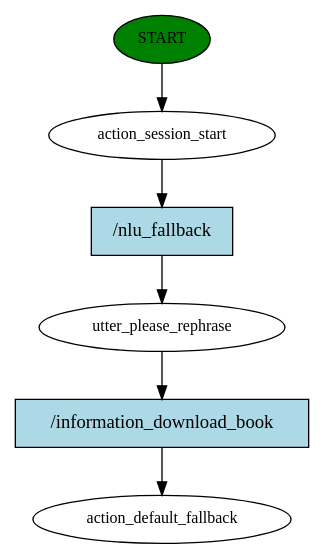
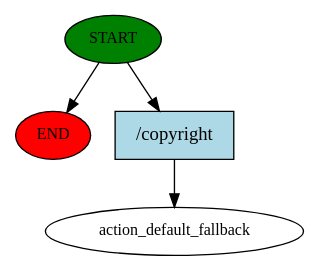
One commit to FrancisTembo/libbot changed the diagram in story_graph.dot. Above: the diagram before and after it, drawn with Graphviz. The commit also changed 5 other files, not shown here.

```diff
--- a/story_graph.dot
+++ b/story_graph.dot
@@ -1,13 +1,9 @@
 digraph  {
 0 [class="start active", fillcolor=green, fontsize=12, label=START, style=filled];
-1 [class=active, fontsize=12, label=action_session_start];
-2 [class=active, fontsize=12, label=utter_please_rephrase];
-3 [class="dashed active", fontsize=12, label=action_default_fallback];
-4 [class="intent active", fillcolor=lightblue, label="/nlu_fallback", shape=rect, style=filled];
-5 [class="intent active", fillcolor=lightblue, label="/information_download_book", shape=rect, style=filled];
-0 -> 1  [class=active, key=NONE, label=""];
-1 -> 4  [class=active, key=0];
-2 -> 5  [class=active, key=0];
-4 -> 2  [class=active, key=0];
-5 -> 3  [class=active, key=0];
+"-1" [class=end, fillcolor=red, fontsize=12, label=END, style=filled];
+1 [class="dashed active", fontsize=12, label=action_default_fallback];
+2 [class="intent active", fillcolor=lightblue, label="/copyright", shape=rect, style=filled];
+0 -> "-1"  [class="", key=NONE, label=""];
+0 -> 2  [class=active, key=0];
+2 -> 1  [class=active, key=0];
 }
```
